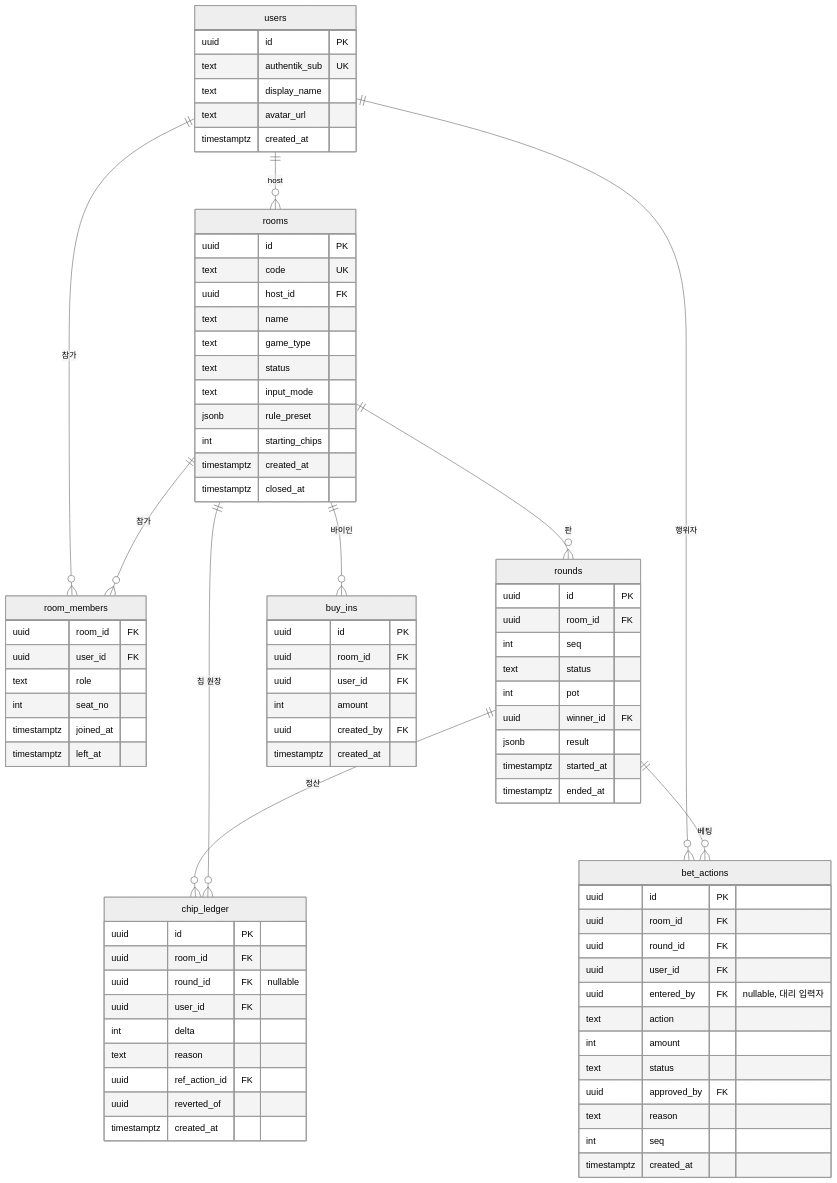
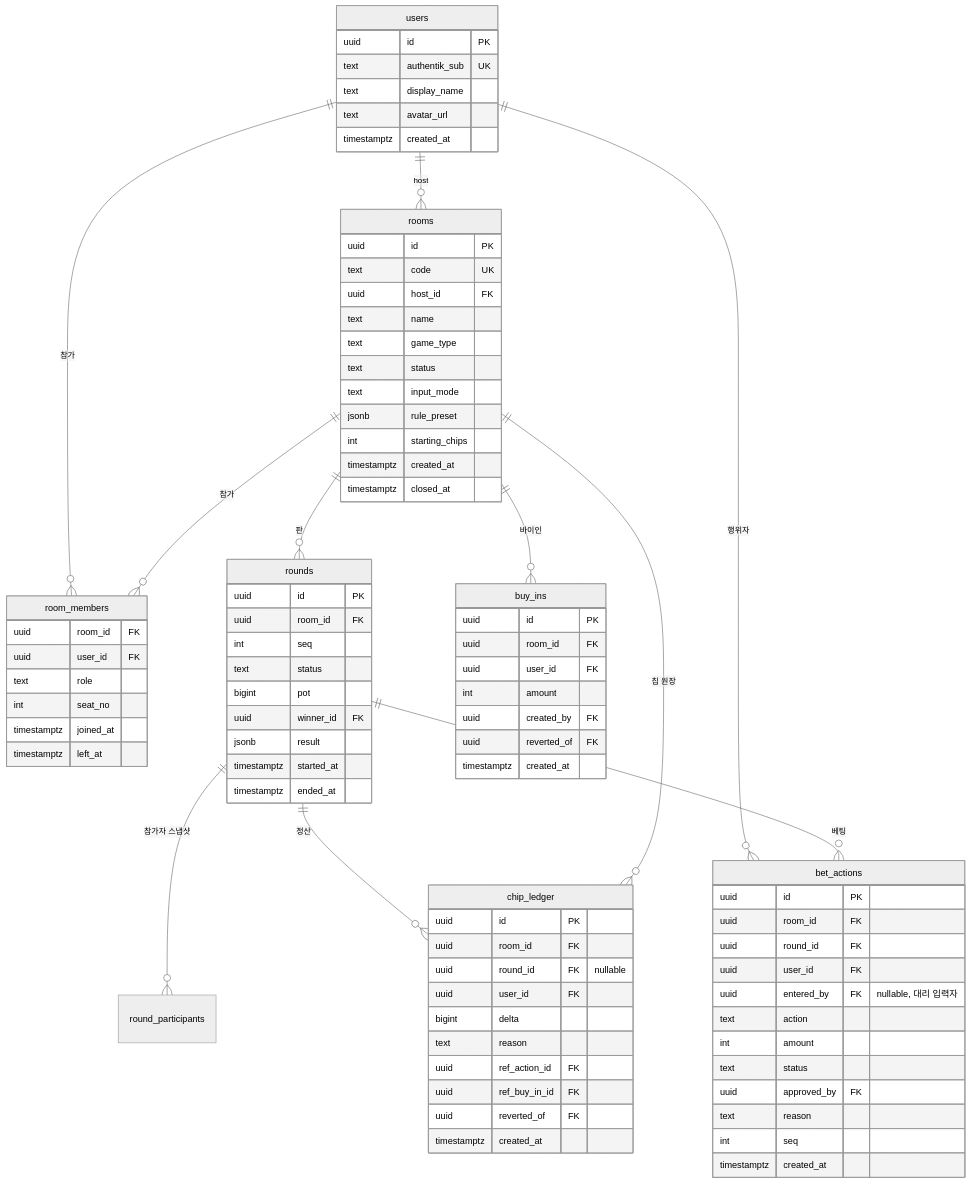
The diagram in docs/02-data-model.md (kanduit-lab/kkeutbal), drawn with Mermaid (neutral theme) before and after one commit. The commit also changed other lines of this file and 7 other files, not shown here.

````diff
--- a/docs/02-data-model.md
+++ b/docs/02-data-model.md
@@ -71,6 +72,7 @@
     rooms ||--o{ room_members : "참가"
     users ||--o{ room_members : "참가"
     rooms ||--o{ rounds : "판"
+    rounds ||--o{ round_participants : "참가자 스냅샷"
     rooms ||--o{ buy_ins : "바이인"
     rooms ||--o{ chip_ledger : "칩 원장"
     rounds ||--o{ bet_actions : "베팅"
@@ -110,7 +112,7 @@
         uuid room_id FK
         int seq
         text status
-        int pot
+        bigint pot
         uuid winner_id FK
         jsonb result
         timestamptz started_at
@@ -135,10 +137,11 @@
         uuid room_id FK
         uuid round_id FK "nullable"
         uuid user_id FK
-        int delta
+        bigint delta
         text reason
         uuid ref_action_id FK
-        uuid reverted_of
+        uuid ref_buy_in_id FK
+        uuid reverted_of FK
         timestamptz created_at
     }
     buy_ins {
@@ -147,6 +150,7 @@
         uuid user_id FK
         int amount
         uuid created_by FK
+        uuid reverted_of FK
         timestamptz created_at
     }
 ```
````
